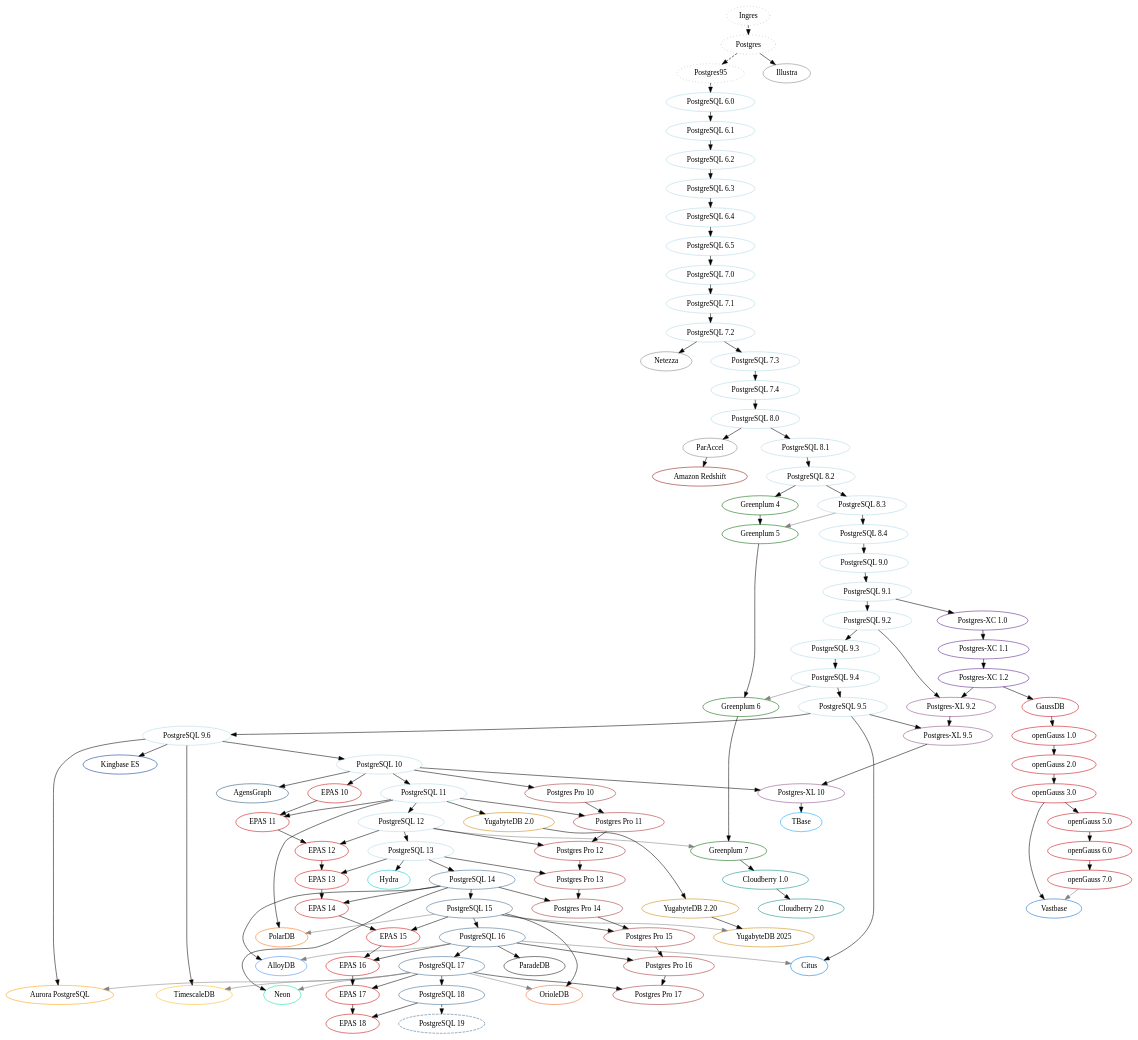
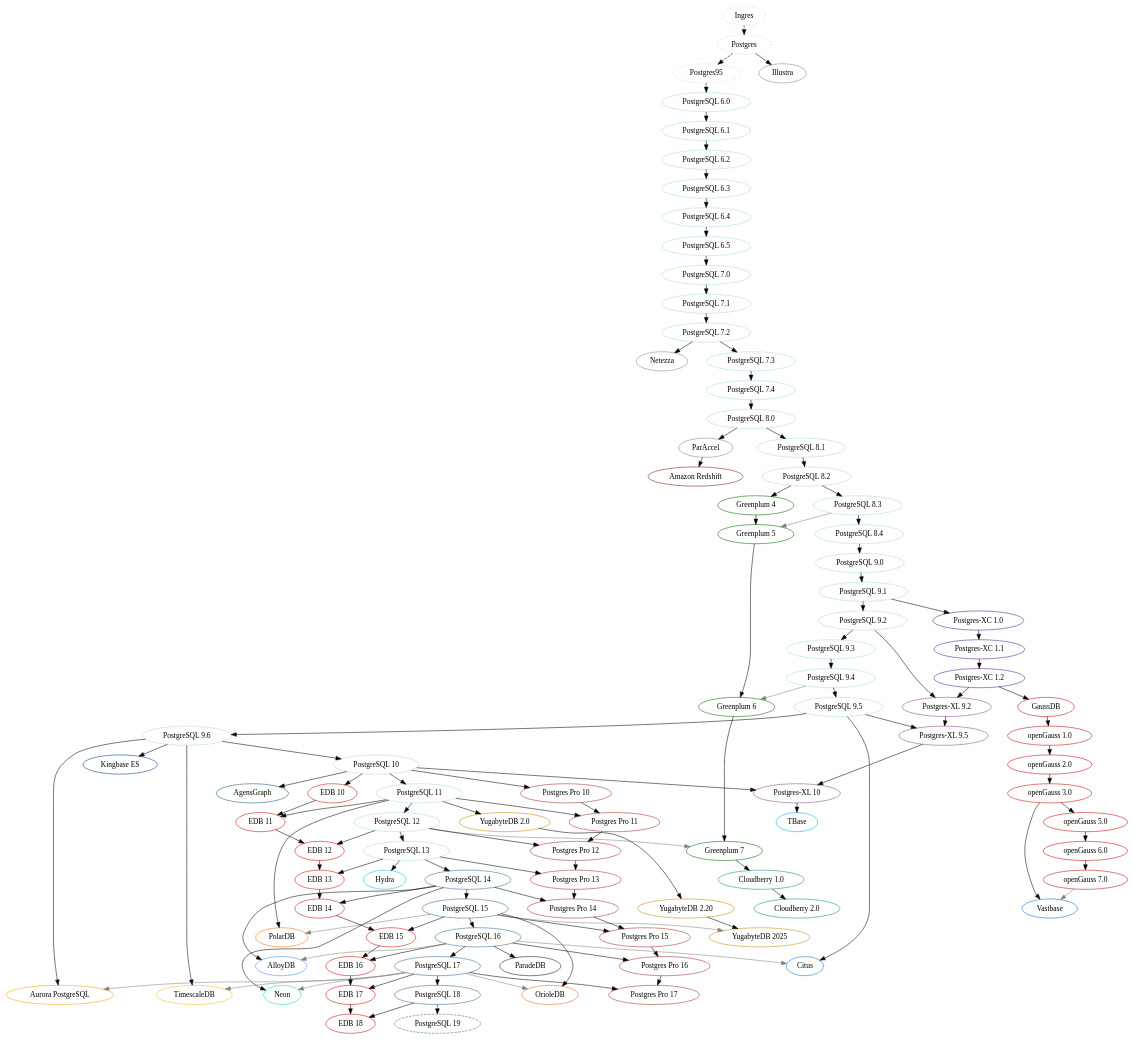
The diagram in postgres-history-graph.dot (dveeden/mysql-history-graph), drawn with Graphviz before and after one commit. The commit also changed 2 other files, not shown here.

Commit message:
Change the name for EDB Postgres Advanced Server from EPAS to EDB

```diff
--- a/postgres-history-graph.dot
+++ b/postgres-history-graph.dot
@@ -154,33 +154,33 @@
 	"Postgres-XL 9.5" -> "Postgres-XL 10";
 	"PostgreSQL 10"   -> "Postgres-XL 10";
 
-	/* EDB Postgres Advanced Server (EPAS) - proprietary, Oracle compatibility */
-	"EPAS 10" [color="red3"];
-	"EPAS 11" [color="red3"];
-	"EPAS 12" [color="red3"];
-	"EPAS 13" [color="red3"];
-	"EPAS 14" [color="red3"];
-	"EPAS 15" [color="red3"];
-	"EPAS 16" [color="red3"];
-	"EPAS 17" [color="red3"];
-	"EPAS 18" [color="red3"];
-	"PostgreSQL 10" -> "EPAS 10";
-	"EPAS 10"       -> "EPAS 11";
-	"PostgreSQL 11" -> "EPAS 11";
-	"EPAS 11"       -> "EPAS 12";
-	"PostgreSQL 12" -> "EPAS 12";
-	"EPAS 12"       -> "EPAS 13";
-	"PostgreSQL 13" -> "EPAS 13";
-	"EPAS 13"       -> "EPAS 14";
-	"PostgreSQL 14" -> "EPAS 14";
-	"EPAS 14"       -> "EPAS 15";
-	"PostgreSQL 15" -> "EPAS 15";
-	"EPAS 15"       -> "EPAS 16";
-	"PostgreSQL 16" -> "EPAS 16";
-	"EPAS 16"       -> "EPAS 17";
-	"PostgreSQL 17" -> "EPAS 17";
-	"EPAS 17"       -> "EPAS 18";
-	"PostgreSQL 18" -> "EPAS 18";
+	/* EDB Postgres Advanced Server - proprietary, Oracle compatibility */
+	"EDB 10" [color="red3"];
+	"EDB 11" [color="red3"];
+	"EDB 12" [color="red3"];
+	"EDB 13" [color="red3"];
+	"EDB 14" [color="red3"];
+	"EDB 15" [color="red3"];
+	"EDB 16" [color="red3"];
+	"EDB 17" [color="red3"];
+	"EDB 18" [color="red3"];
+	"PostgreSQL 10" -> "EDB 10";
+	"EDB 10"        -> "EDB 11";
+	"PostgreSQL 11" -> "EDB 11";
+	"EDB 11"        -> "EDB 12";
+	"PostgreSQL 12" -> "EDB 12";
+	"EDB 12"        -> "EDB 13";
+	"PostgreSQL 13" -> "EDB 13";
+	"EDB 13"        -> "EDB 14";
+	"PostgreSQL 14" -> "EDB 14";
+	"EDB 14"        -> "EDB 15";
+	"PostgreSQL 15" -> "EDB 15";
+	"EDB 15"        -> "EDB 16";
+	"PostgreSQL 16" -> "EDB 16";
+	"EDB 16"        -> "EDB 17";
+	"PostgreSQL 17" -> "EDB 17";
+	"EDB 17"        -> "EDB 18";
+	"PostgreSQL 18" -> "EDB 18";
 
 	/* Postgres Pro - Postgres Professional (RU), proprietary distribution */
 	"Postgres Pro 10" [color="brown"];
```
